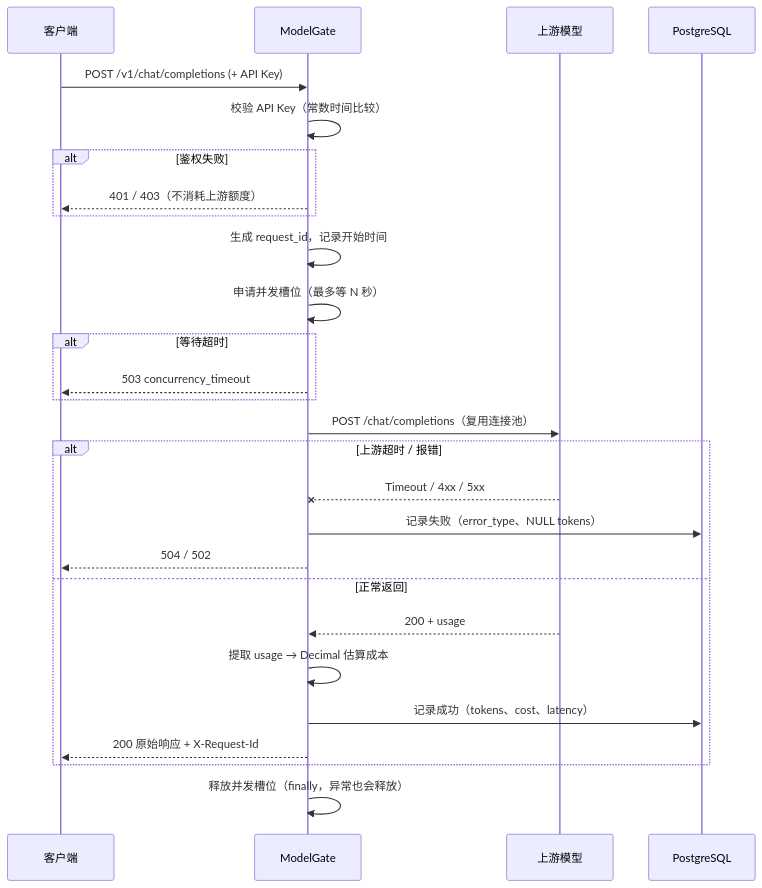
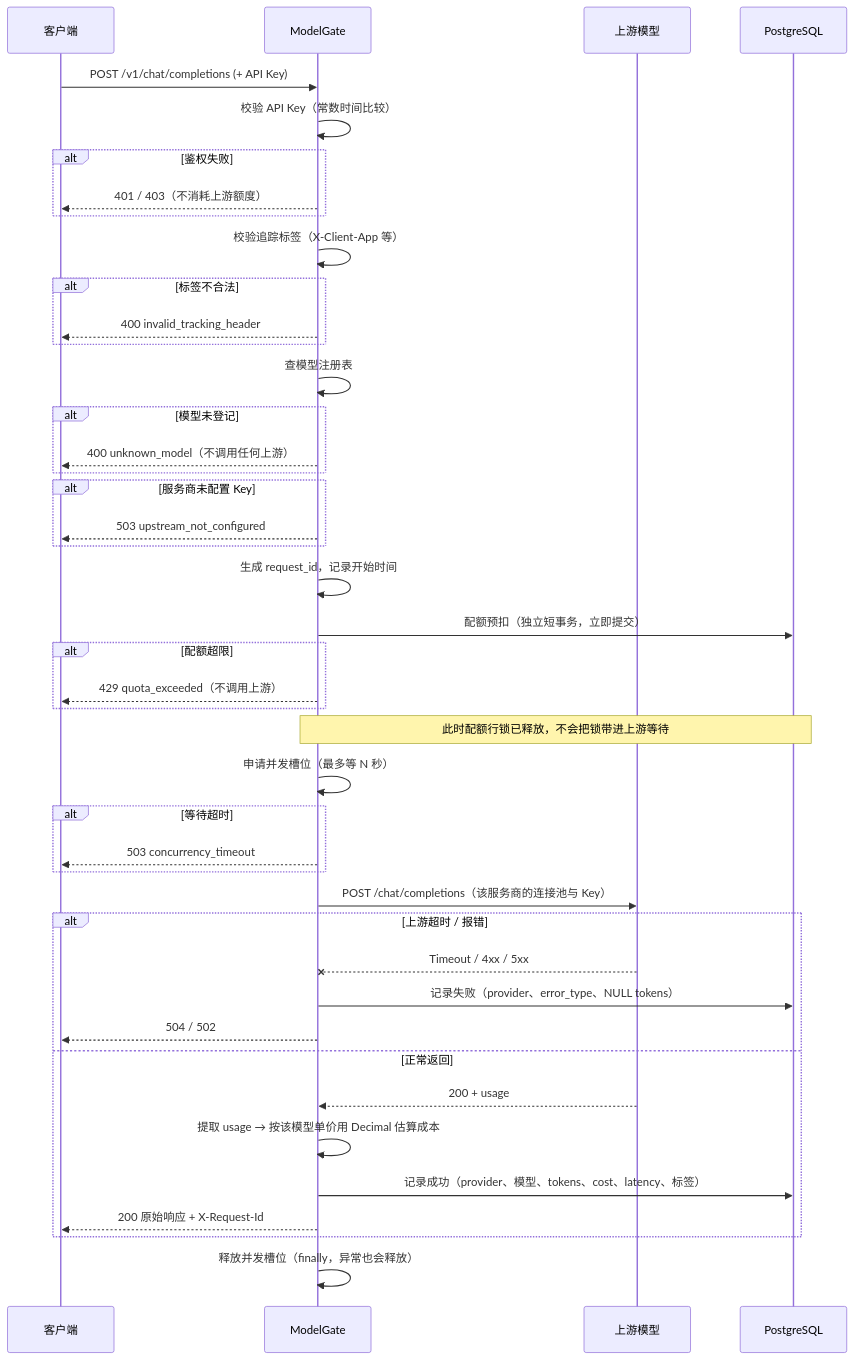
The second of 2 diagrams in README.md (shauige66-hash/modelgate-original), drawn with Mermaid before and after one commit. The commit also changed other lines of this file and 3 other files, not shown here.

First line of the commit message:
docs: architecture, benchmarks, migrations and known limitations

````diff
--- a/README.md
+++ b/README.md
@@ -97,34 +132,53 @@
 ```mermaid
 sequenceDiagram
     participant C as 客户端
     participant G as ModelGate
     participant S as 上游模型
     participant DB as PostgreSQL
 
     C->>G: POST /v1/chat/completions (+ API Key)
     G->>G: 校验 API Key（常数时间比较）
     alt 鉴权失败
         G-->>C: 401 / 403（不消耗上游额度）
     end
 
+    G->>G: 校验追踪标签（X-Client-App 等）
+    alt 标签不合法
+        G-->>C: 400 invalid_tracking_header
+    end
+
+    G->>G: 查模型注册表
+    alt 模型未登记
+        G-->>C: 400 unknown_model（不调用任何上游）
+    end
+    alt 服务商未配置 Key
+        G-->>C: 503 upstream_not_configured
+    end
+
     G->>G: 生成 request_id，记录开始时间
+    G->>DB: 配额预扣（独立短事务，立即提交）
+    alt 配额超限
+        G-->>C: 429 quota_exceeded（不调用上游）
+    end
+    Note over G,DB: 此时配额行锁已释放，不会把锁带进上游等待
+
     G->>G: 申请并发槽位（最多等 N 秒）
 
     alt 等待超时
         G-->>C: 503 concurrency_timeout
     end
 
-    G->>S: POST /chat/completions（复用连接池）
+    G->>S: POST /chat/completions（该服务商的连接池与 Key）
     alt 上游超时 / 报错
         S--xG: Timeout / 4xx / 5xx
-        G->>DB: 记录失败（error_type、NULL tokens）
+        G->>DB: 记录失败（provider、error_type、NULL tokens）
         G-->>C: 504 / 502
     else 正常返回
         S-->>G: 200 + usage
-        G->>G: 提取 usage → Decimal 估算成本
-        G->>DB: 记录成功（tokens、cost、latency）
+        G->>G: 提取 usage → 按该模型单价用 Decimal 估算成本
+        G->>DB: 记录成功（provider、模型、tokens、cost、latency、标签）
         G-->>C: 200 原始响应 + X-Request-Id
     end
 
     G->>G: 释放并发槽位（finally，异常也会释放）
 ```
````
